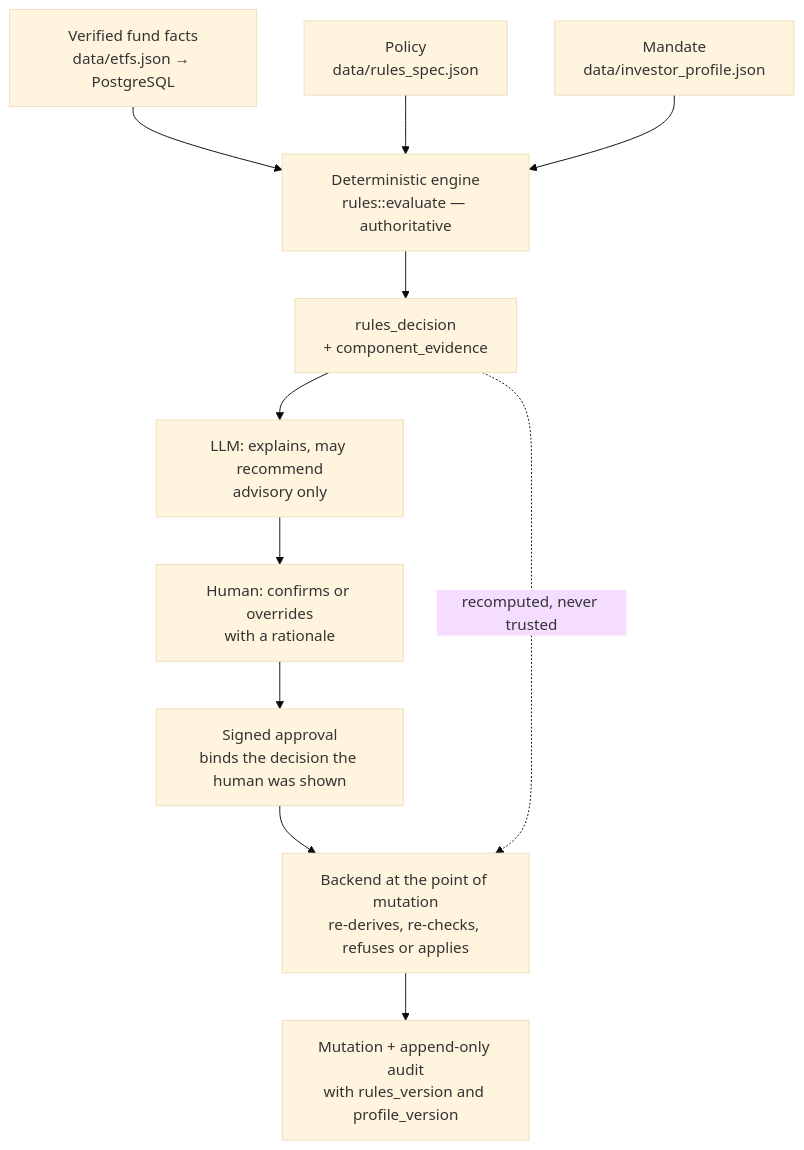
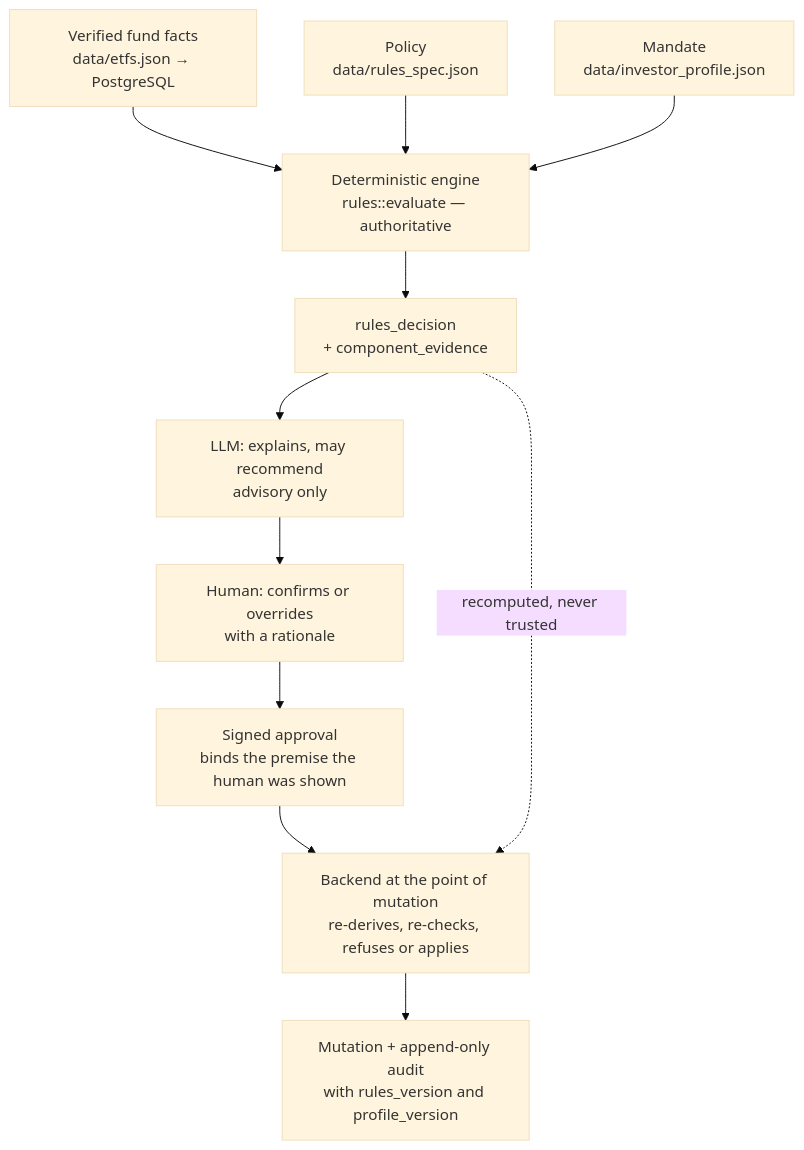
One commit to cognokratos/etf-research-agent changed the diagram in docs/APPLIED-LEARNING-PATH.md. Above: the diagram before and after it, drawn with Mermaid (base theme). The commit also changed 17 other files, not shown here.

````diff
--- a/docs/APPLIED-LEARNING-PATH.md
+++ b/docs/APPLIED-LEARNING-PATH.md
@@ -60,13 +60,13 @@
 ```mermaid
 flowchart TD
     F["Verified fund facts<br/>data/etfs.json → PostgreSQL"] --> E
     P["Policy<br/>data/rules_spec.json"] --> E
     M["Mandate<br/>data/investor_profile.json"] --> E
     E["Deterministic engine<br/>rules::evaluate — authoritative"] --> RD["rules_decision<br/>+ component_evidence"]
     RD --> L["LLM: explains, may recommend<br/>advisory only"]
     L --> H["Human: confirms or overrides<br/>with a rationale"]
-    H --> T["Signed approval<br/>binds the decision the human was shown"]
+    H --> T["Signed approval<br/>binds the premise the human was shown"]
     T --> B["Backend at the point of mutation<br/>re-derives, re-checks, refuses or applies"]
     B --> A["Mutation + append-only audit<br/>with rules_version and profile_version"]
     RD -. "recomputed, never trusted" .-> B
 ```
````
